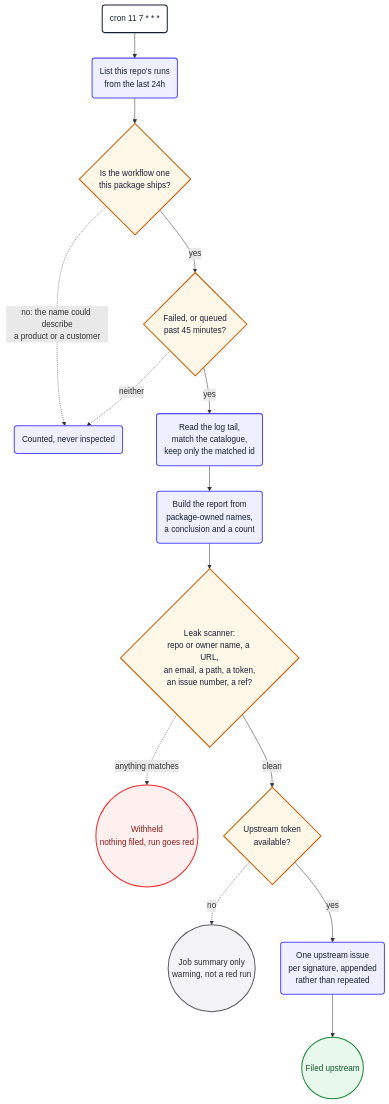
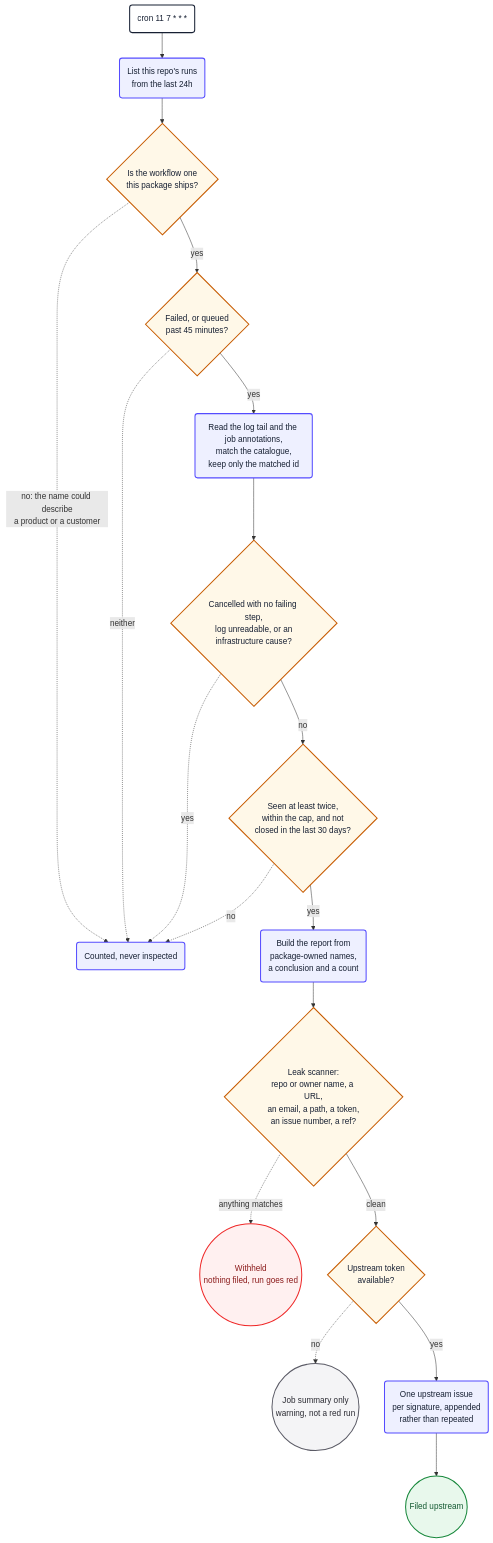
One commit to PlainConceptsPlatform/agentic-workflows changed diagram 14 of 15 in loops/docs/diagrams.md. Above: the diagram before and after it, drawn with Mermaid. The commit also changed other lines of this file and 5 other files, not shown here.

First line of the commit message:
feat(error-report): file defects and count the rest; one cause is one issue; a closed issue stays closed (1.6.12)

````diff
--- a/loops/docs/diagrams.md
+++ b/loops/docs/diagrams.md
@@ -716,29 +716,33 @@
 ```mermaid
 flowchart TB
     erCron("cron 11 7 * * *") --> erRuns("List this repo's runs<br/>from the last 24h")
     erRuns --> erOwned{"Is the workflow one<br/>this package ships?"}
     erOwned -.->|"no: the name could describe<br/>a product or a customer"| erCount("Counted, never inspected")
     erOwned -->|yes| erState{"Failed, or queued<br/>past 45 minutes?"}
     erState -.->|neither| erCount
-    erState -->|yes| erClassify("Read the log tail,<br/>match the catalogue,<br/>keep only the matched id")
-    erClassify --> erBody("Build the report from<br/>package-owned names,<br/>a conclusion and a count")
+    erState -->|yes| erClassify("Read the log tail and the job annotations,<br/>match the catalogue,<br/>keep only the matched id")
+    erClassify --> erNoise{"Cancelled with no failing step,<br/>log unreadable, or an<br/>infrastructure cause?"}
+    erNoise -.->|yes| erCount
+    erNoise -->|no| erFilter{"Seen at least twice,<br/>within the cap, and not<br/>closed in the last 30 days?"}
+    erFilter -.->|no| erCount
+    erFilter -->|yes| erBody("Build the report from<br/>package-owned names,<br/>a conclusion and a count")
     erBody --> erScan{"Leak scanner:<br/>repo or owner name, a URL,<br/>an email, a path, a token,<br/>an issue number, a ref?"}
     erScan -.->|"anything matches"| erWithhold(("Withheld<br/>nothing filed, run goes red"))
     erScan -->|clean| erToken{"Upstream token<br/>available?"}
     erToken -.->|no| erSummary(("Job summary only<br/>warning, not a red run"))
     erToken -->|yes| erFile("One upstream issue<br/>per signature, appended<br/>rather than repeated")
     erFile --> erDone(("Filed upstream"))
 
     classDef start fill:#ffffff,stroke:#172033,stroke-width:2px,color:#172033
     classDef action fill:#eef0ff,stroke:#554cff,stroke-width:2px,color:#172033
     classDef decision fill:#fff8e8,stroke:#c75b00,stroke-width:2px,color:#172033
     classDef failure fill:#fff0f0,stroke:#ef2929,stroke-width:2px,color:#8b1a1a
     classDef success fill:#e8f8ec,stroke:#18883c,stroke-width:2px,color:#145a32
     classDef idle fill:#f4f4f6,stroke:#5b5b66,stroke-width:2px,color:#2b2b33
     class erCron start
     class erRuns,erClassify,erBody,erFile,erCount action
-    class erOwned,erState,erScan,erToken decision
+    class erOwned,erState,erNoise,erFilter,erScan,erToken decision
     class erWithhold failure
     class erDone success
     class erSummary idle
 ```
````
